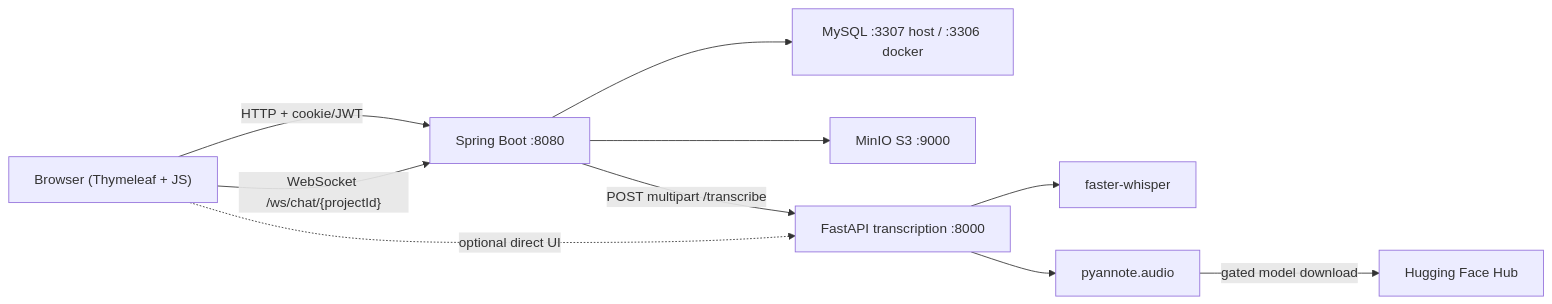
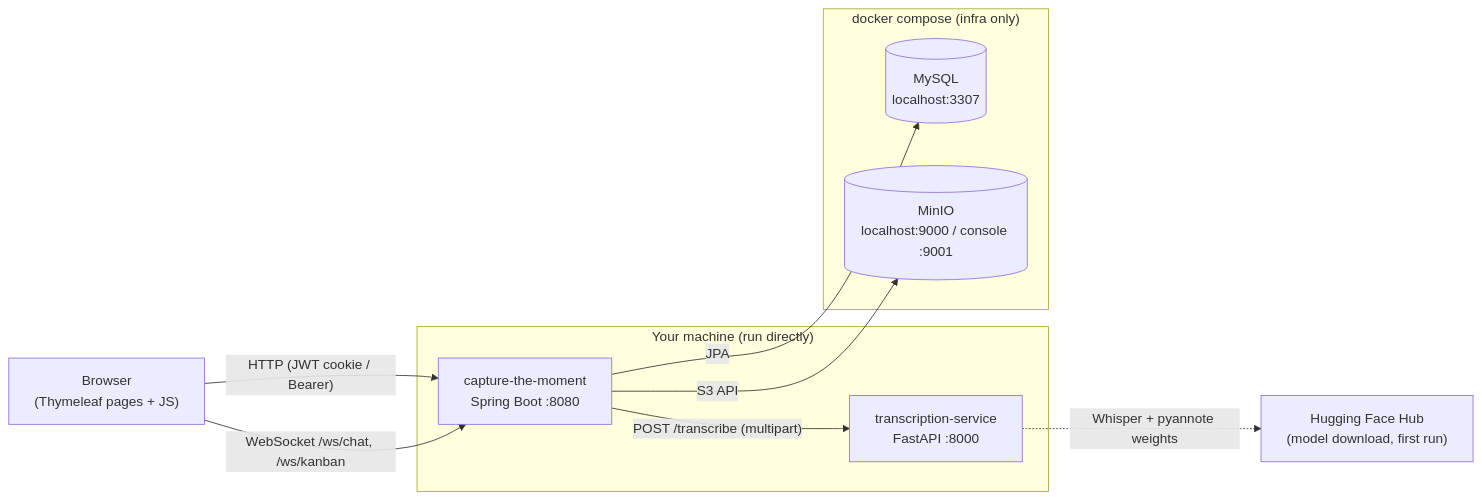
One commit to pratyuxxhh/capture-the-moment changed the first of 2 diagrams in README.md. Above: the diagram before and after it, drawn with Mermaid. The commit also changed other lines of this file and 79 other files, not shown here.

````diff
--- a/README.md
+++ b/README.md
@@ -128,21 +18,23 @@
 ```mermaid
 flowchart LR
-  Browser["Browser (Thymeleaf + JS)"]
-  Spring["Spring Boot :8080"]
-  MySQL["MySQL :3307 host / :3306 docker"]
-  MinIO["MinIO S3 :9000"]
-  Py["FastAPI transcription :8000"]
-  HF["Hugging Face Hub"]
-  Whisper["faster-whisper"]
-  Pyannote["pyannote.audio"]
+    Browser["Browser<br/>(Thymeleaf pages + JS)"]
 
-  Browser -->|"HTTP + cookie/JWT"| Spring
-  Browser -->|"WebSocket /ws/chat/{projectId}"| Spring
-  Spring --> MySQL
-  Spring --> MinIO
-  Spring -->|"POST multipart /transcribe"| Py
-  Browser -.->|"optional direct UI"| Py
-  Py --> Whisper
-  Py --> Pyannote
-  Pyannote -->|"gated model download"| HF
+    subgraph Host["Your machine (run directly)"]
+        Spring["capture-the-moment<br/>Spring Boot :8080"]
+        Py["transcription-service<br/>FastAPI :8000"]
+    end
+
+    subgraph Docker["docker compose (infra only)"]
+        MySQL[("MySQL<br/>localhost:3307")]
+        MinIO[("MinIO<br/>localhost:9000 / console :9001")]
+    end
+
+    HF["Hugging Face Hub<br/>(model download, first run)"]
+
+    Browser -- "HTTP (JWT cookie / Bearer)" --> Spring
+    Browser -- "WebSocket /ws/chat, /ws/kanban" --> Spring
+    Spring -- JPA --> MySQL
+    Spring -- "S3 API" --> MinIO
+    Spring -- "POST /transcribe (multipart)" --> Py
+    Py -. "Whisper + pyannote weights" .-> HF
 ```
````
